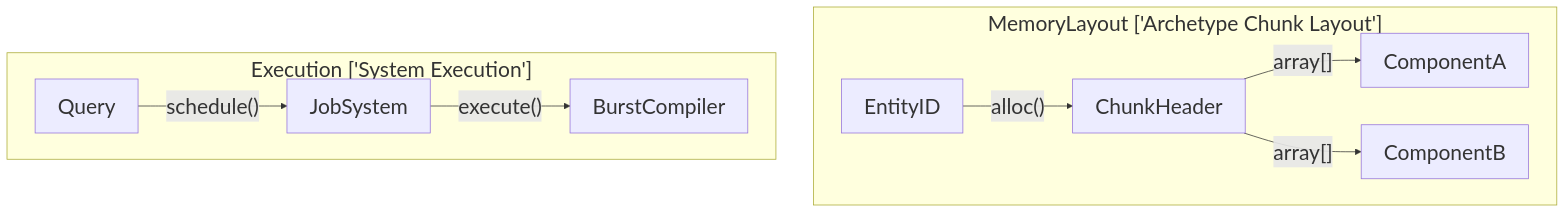
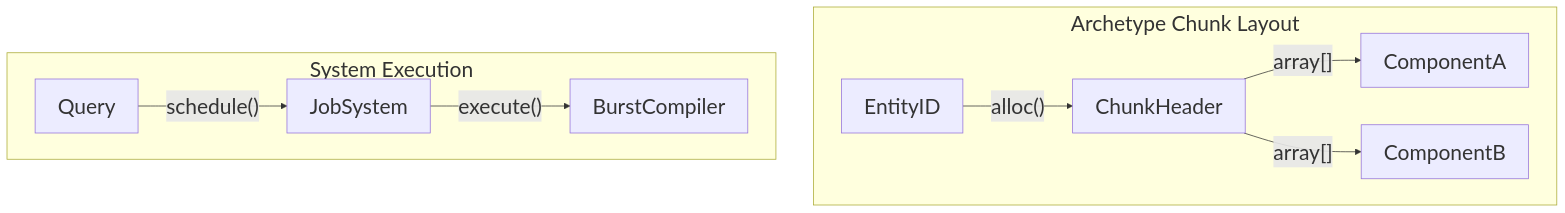
The diagram in skills/game/game-development/unity-csharp/SKILL.md (j4flmao/agent-skills), drawn with Mermaid before and after one commit. The commit also changed 38 other files, not shown here.

Commit message:
style(skills): Add padding to Mermaid subgraphs to prevent label overlap with nodes

````diff
--- a/skills/game/game-development/unity-csharp/SKILL.md
+++ b/skills/game/game-development/unity-csharp/SKILL.md
@@ -17,13 +17,13 @@
 ```mermaid
 flowchart TD
 %%{init: {"theme": "default", "themeVariables": {"fontSize": "28px"}, "flowchart": {"useMaxWidth": false}}}%%
-    subgraph MemoryLayoutArchetypeChunkLayout ["MemoryLayout ['Archetype Chunk Layout']"]
+    subgraph MemoryLayoutArchetypeChunkLayout ["Archetype Chunk Layout<br/>"]
         EntityID -->|"alloc()"| ChunkHeader
         ChunkHeader -->|"array[]"| ComponentA
         ChunkHeader -->|"array[]"| ComponentB
     end
-    subgraph ExecutionSystemExecution ["Execution ['System Execution']"]
+    subgraph ExecutionSystemExecution ["System Execution<br/>"]
         Query -->|"schedule()"| JobSystem
         JobSystem -->|"execute()"| BurstCompiler
     end
 ```
````
